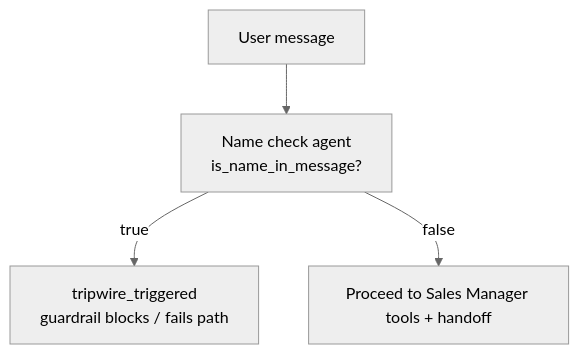
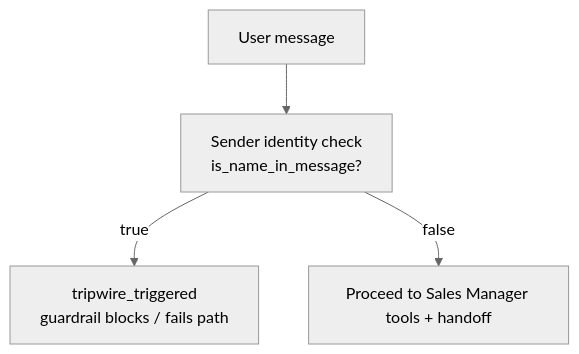
One commit to geekyoswald/openai_sdk_projects changed the fifth of 5 diagrams in README.md. Above: the diagram before and after it, drawn with Mermaid (neutral theme). The commit also changed other lines of this file and 10 other files, not shown here.

````diff
--- a/README.md
+++ b/README.md
@@ -164,6 +172,6 @@
 ```mermaid
 flowchart TD
-    A["User message"] --> B["Name check agent<br/>is_name_in_message?"]
+    A["User message"] --> B["Sender identity check<br/>is_name_in_message?"]
     B -->|true| C["tripwire_triggered<br/>guardrail blocks / fails path"]
     B -->|false| D["Proceed to Sales Manager tools + handoff"]
 ```
````
